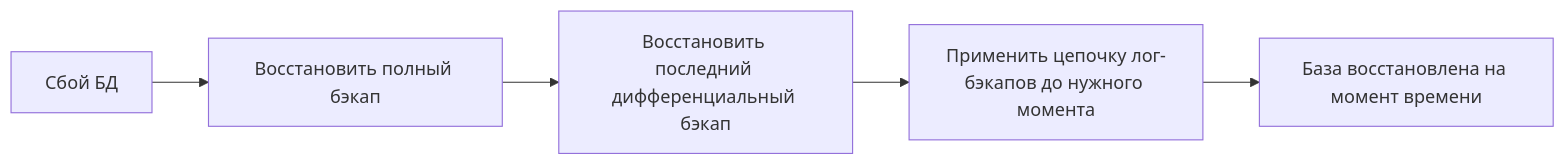
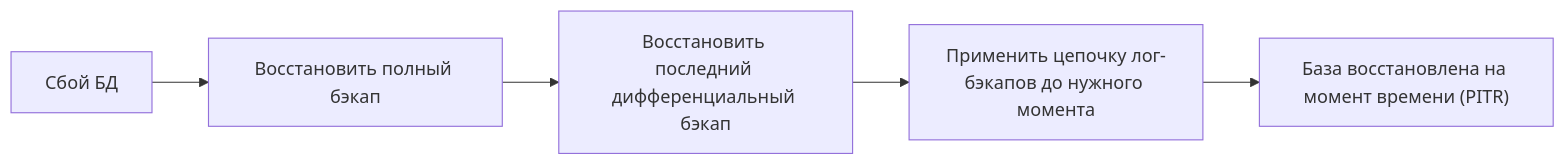
Before and after one commit to UnrealTemplier/go-textbook: the diagram in sources/12. Базы данных/10. Практика и архитектура/15. Бэкапы и восстановление.md, drawn with Mermaid. The commit also changed other lines of this file, not shown here.

````diff
--- a/sources/12. Базы данных/10. Практика и архитектура/15. Бэкапы и восстановление.md
+++ b/sources/12. Базы данных/10. Практика и архитектура/15. Бэкапы и восстановление.md
@@ -111,7 +115,7 @@
 ```mermaid
 flowchart LR
-  A[Сбой БД] --> B[Восстановить полный бэкап]
-  B --> C[Восстановить последний дифференциальный бэкап]
-  C --> D[Применить цепочку лог-бэкапов до нужного момента]
-  D --> E[База восстановлена на момент времени]
+  A["Сбой БД"] --> B["Восстановить полный бэкап"]
+  B --> C["Восстановить последний дифференциальный бэкап"]
+  C --> D["Применить цепочку лог-бэкапов до нужного момента"]
+  D --> E["База восстановлена на момент времени (PITR)"]
 ```
````
